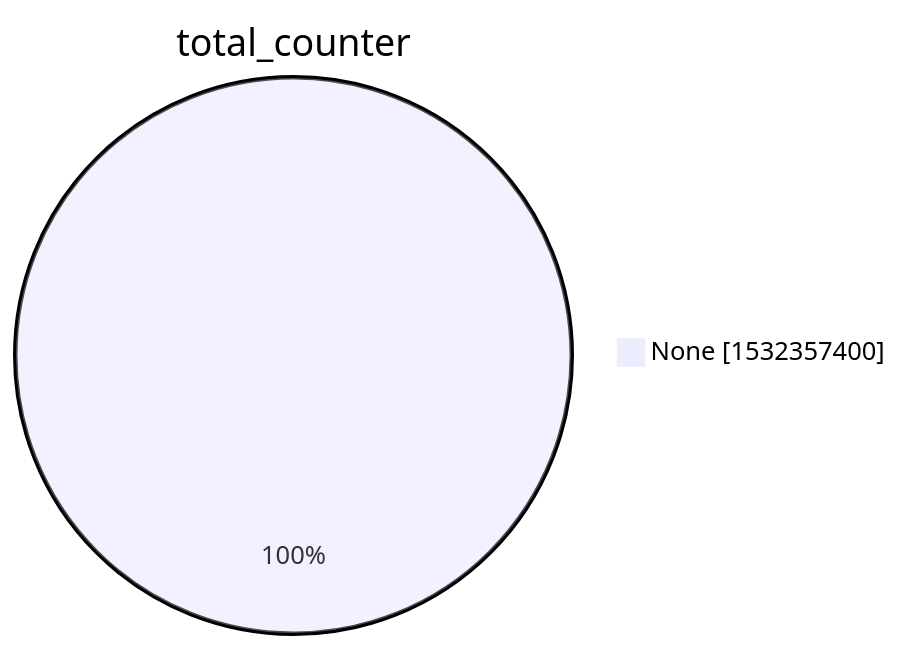
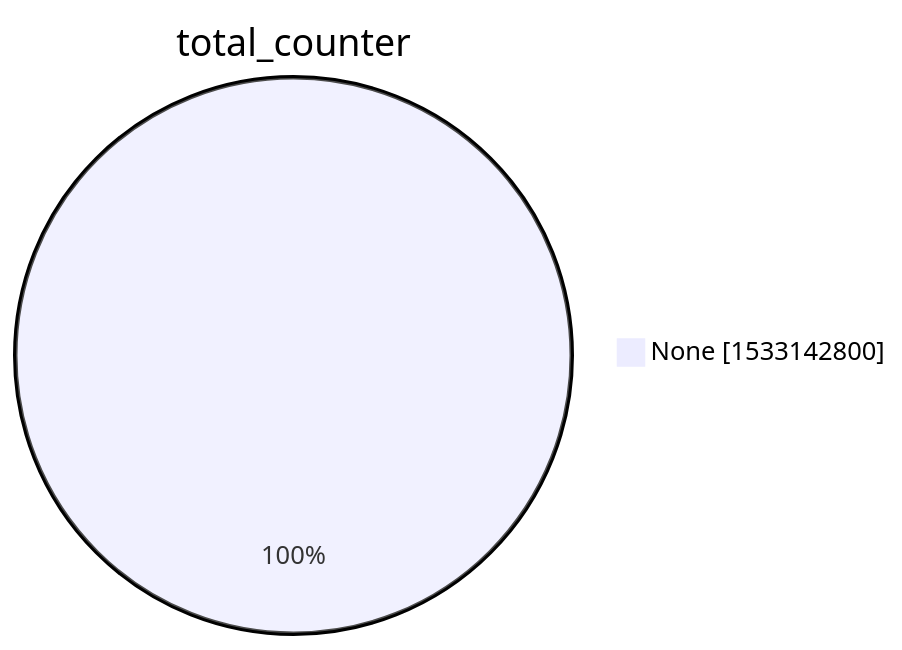
The second of 15 diagrams in xenon2022/README.md (christiankrug/ctmonitor_visualization), drawn with Mermaid before and after one commit. The commit also changed other lines of this file, not shown here.

````diff
--- a/xenon2022/README.md
+++ b/xenon2022/README.md
@@ -9,5 +9,5 @@
 ```mermaid
 pie showData
 title total_counter
-"None" :1532357400
+"None" :1533142800
 ```
````
